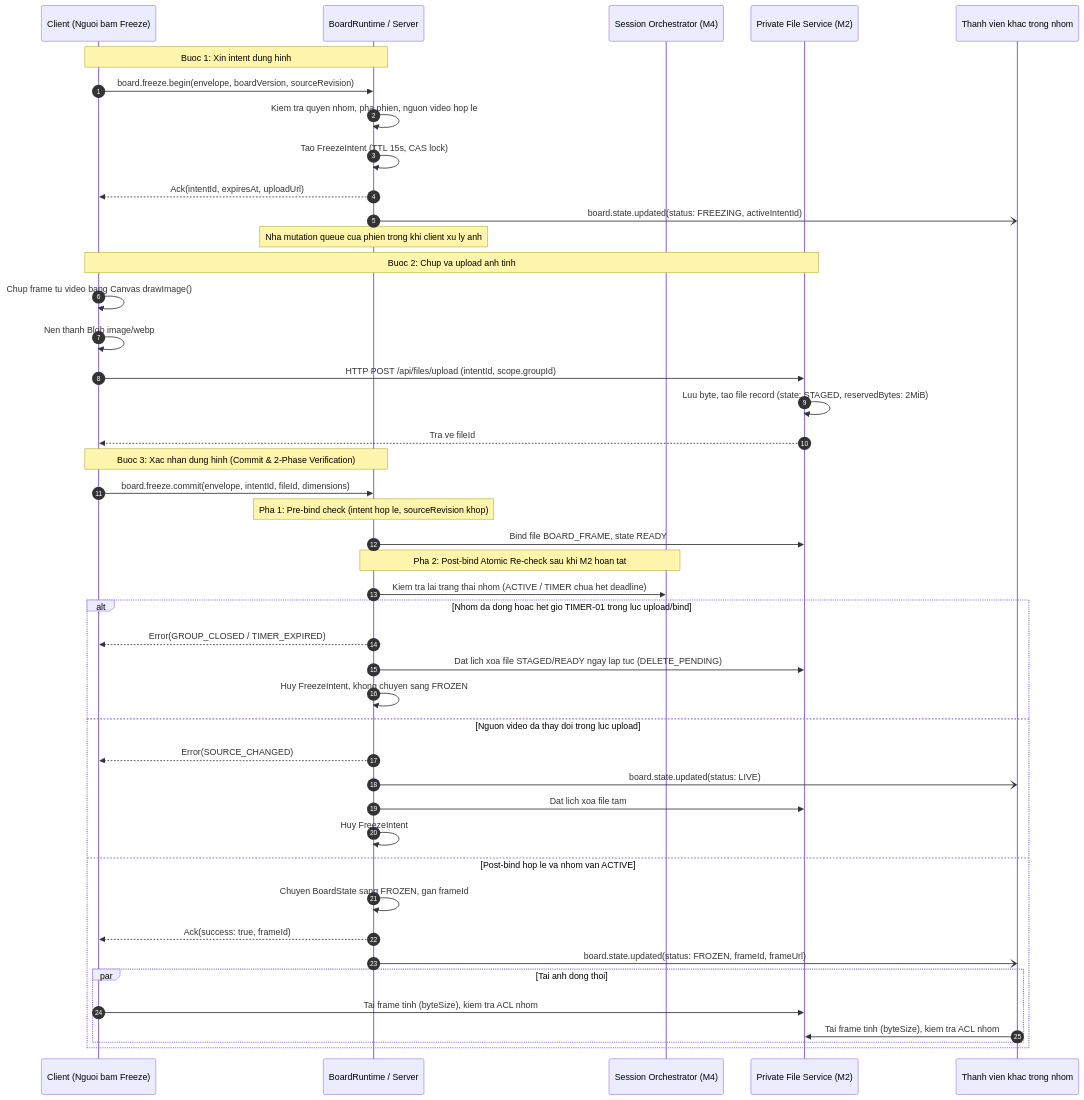
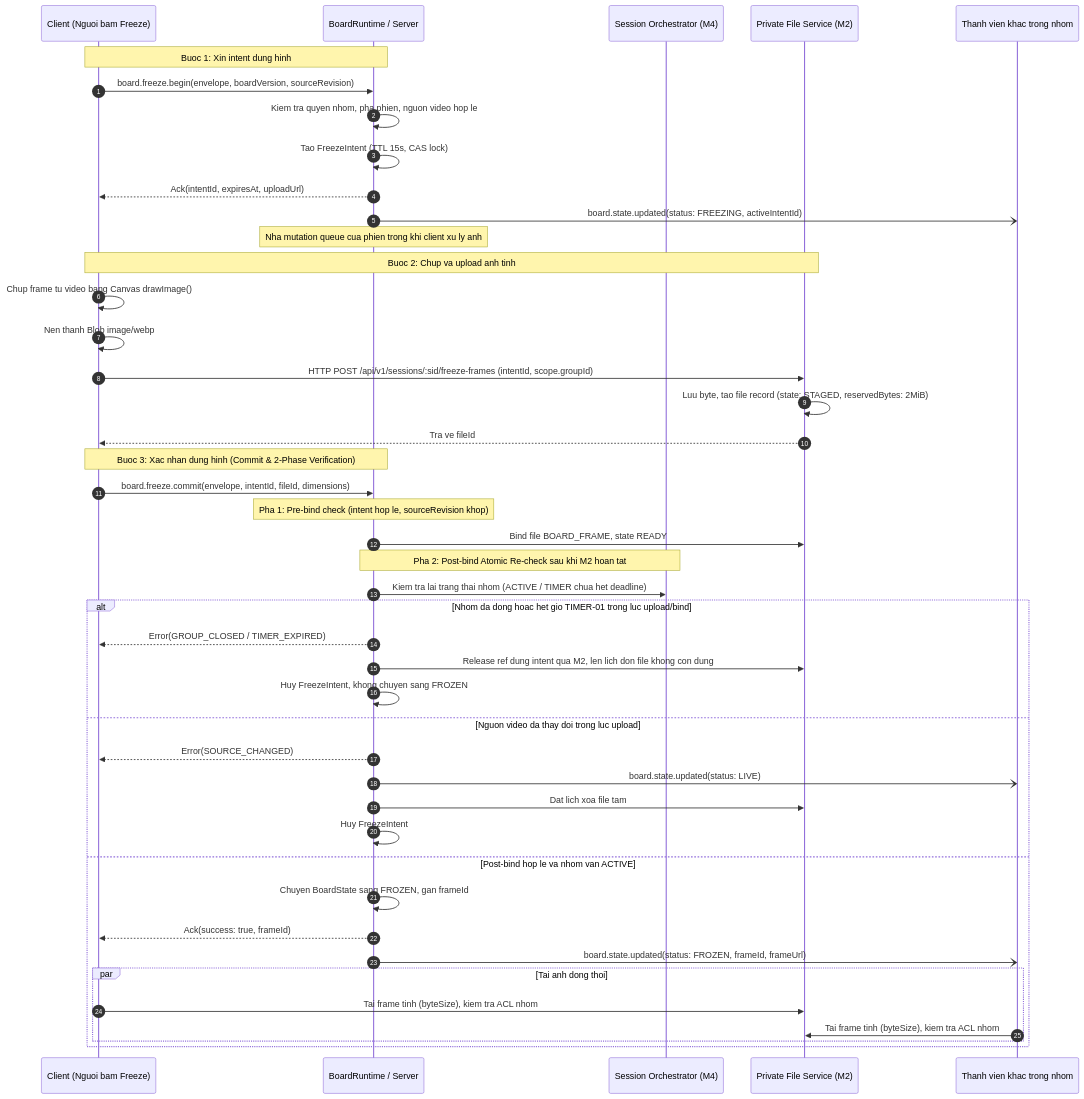
One commit to Lightning1507/CoLearnia changed the fifth of 12 diagrams in docs/proposals/m5-board.md. Above: the diagram before and after it, drawn with Mermaid. The commit also changed other lines of this file and 5 other files, not shown here.

````diff
--- a/docs/proposals/m5-board.md
+++ b/docs/proposals/m5-board.md
@@ -533,49 +548,49 @@
 ```mermaid
 sequenceDiagram
   autonumber
   participant C as Client (Nguoi bam Freeze)
   participant S as BoardRuntime / Server
   participant M4 as Session Orchestrator (M4)
   participant F as Private File Service (M2)
   participant G as Thanh vien khac trong nhom
 
   Note over C,S: Buoc 1: Xin intent dung hinh
   C->>S: board.freeze.begin(envelope, boardVersion, sourceRevision)
   S->>S: Kiem tra quyen nhom, pha phien, nguon video hop le
   S->>S: Tao FreezeIntent (TTL 15s, CAS lock)
   S-->>C: Ack(intentId, expiresAt, uploadUrl)
   S-)G: board.state.updated(status: FREEZING, activeIntentId)
   Note over S: Nha mutation queue cua phien trong khi client xu ly anh
 
   Note over C,F: Buoc 2: Chup va upload anh tinh
   C->>C: Chup frame tu video bang Canvas drawImage()
   C->>C: Nen thanh Blob image/webp
-  C->>F: HTTP POST /api/files/upload (intentId, scope.groupId)
+  C->>F: HTTP POST /api/v1/sessions/:sid/freeze-frames (intentId, scope.groupId)
   F->>F: Luu byte, tao file record (state: STAGED, reservedBytes: 2MiB)
   F-->>C: Tra ve fileId
 
   Note over C,S: Buoc 3: Xac nhan dung hinh (Commit & 2-Phase Verification)
   C->>S: board.freeze.commit(envelope, intentId, fileId, dimensions)
   Note over S: Pha 1: Pre-bind check (intent hop le, sourceRevision khop)
   S->>F: Bind file BOARD_FRAME, state READY
   Note over S,M4: Pha 2: Post-bind Atomic Re-check sau khi M2 hoan tat
   S->>M4: Kiem tra lai trang thai nhom (ACTIVE / TIMER chua het deadline)
   alt Nhom da dong hoac het gio TIMER-01 trong luc upload/bind
     S-->>C: Error(GROUP_CLOSED / TIMER_EXPIRED)
-    S->>F: Dat lich xoa file STAGED/READY ngay lap tuc (DELETE_PENDING)
+    S->>F: Release ref dung intent qua M2, len lich don file khong con dung
     S->>S: Huy FreezeIntent, khong chuyen sang FROZEN
   else Nguon video da thay doi trong luc upload
     S-->>C: Error(SOURCE_CHANGED)
     S-)G: board.state.updated(status: LIVE)
     S->>F: Dat lich xoa file tam
     S->>S: Huy FreezeIntent
   else Post-bind hop le va nhom van ACTIVE
     S->>S: Chuyen BoardState sang FROZEN, gan frameId
     S-->>C: Ack(success: true, frameId)
     S-)G: board.state.updated(status: FROZEN, frameId, frameUrl)
     par Tai anh dong thoi
       C->>F: Tai frame tinh (byteSize), kiem tra ACL nhom
       G->>F: Tai frame tinh (byteSize), kiem tra ACL nhom
     end
   end
 ```
````
